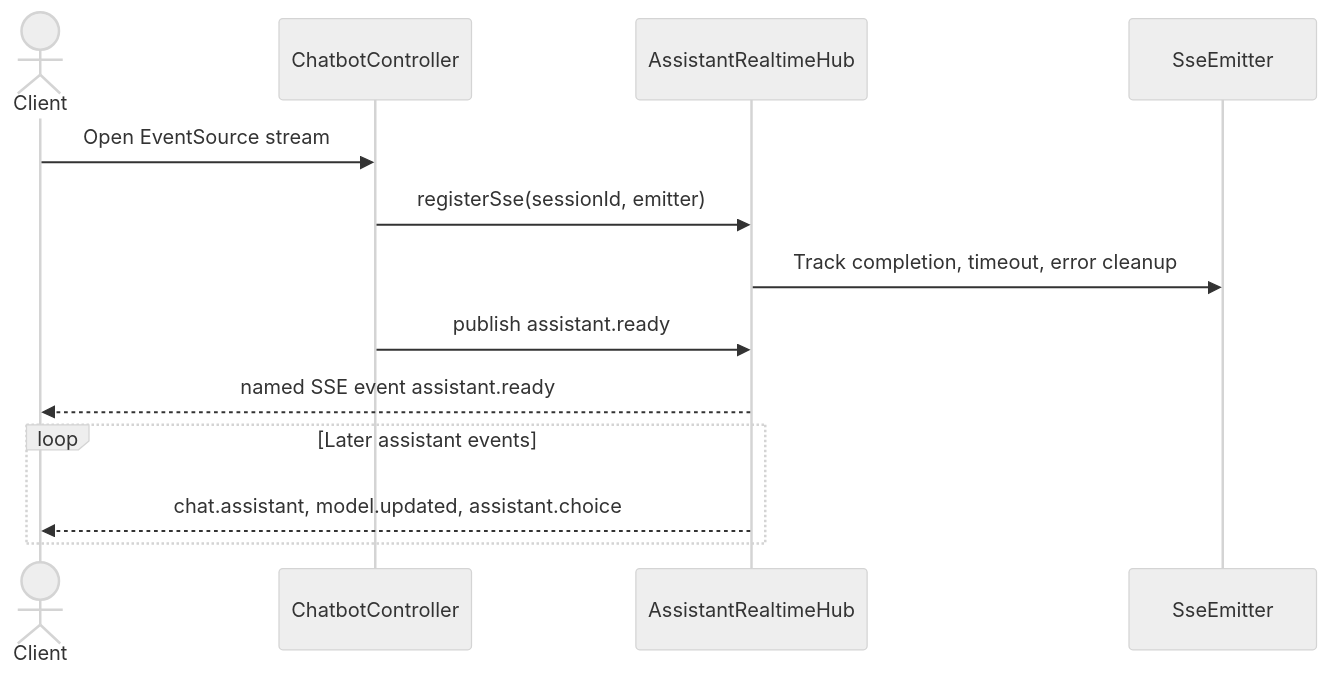
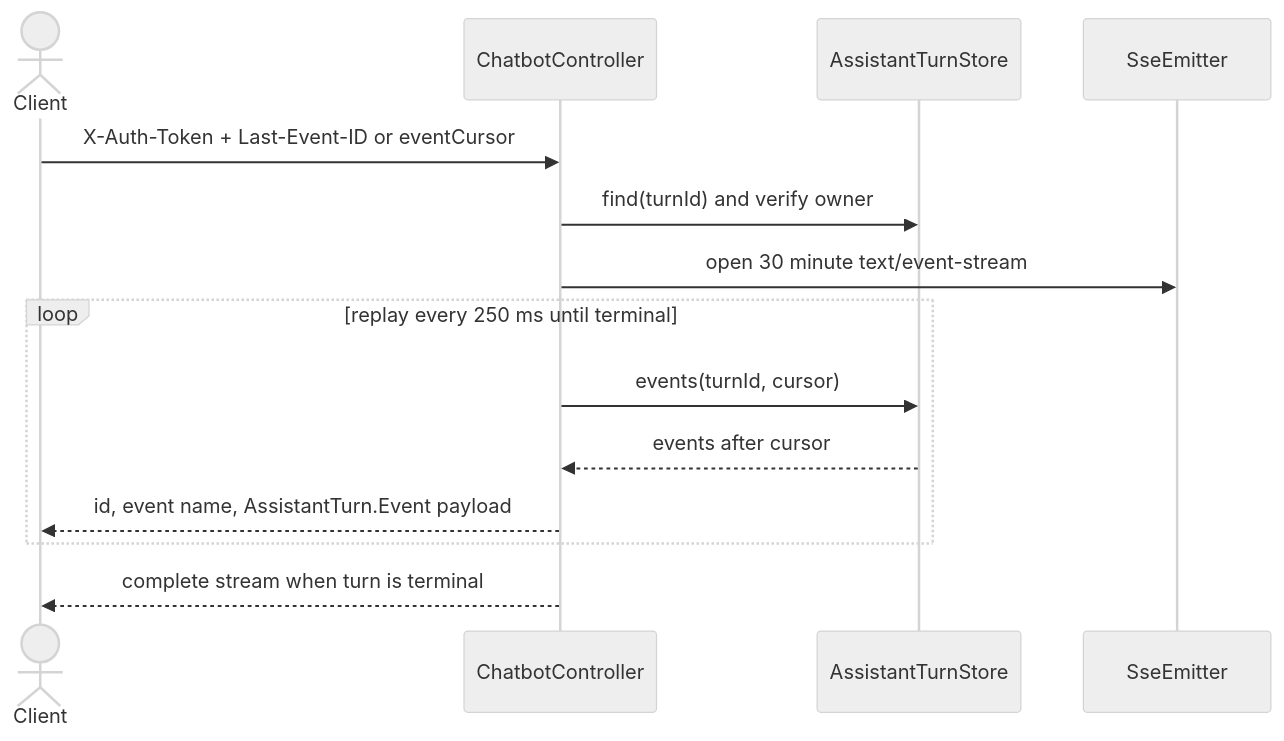
The third of 5 diagrams in docs/diagrams/13-api-assistant-sequences.md (mehdieidi/modriss), drawn with Mermaid (neutral theme) before and after one commit. The commit also changed other lines of this file and 37 other files, not shown here.

First line of the commit message:
docs: refactor AI assistant documentation and improve clarity on durable turns, checkpoints, and event handling

````diff
--- a/docs/diagrams/13-api-assistant-sequences.md
+++ b/docs/diagrams/13-api-assistant-sequences.md
@@ -84,15 +51,16 @@
 ```mermaid
 sequenceDiagram
     actor Client
     participant C as ChatbotController
-    participant RT as AssistantRealtimeHub
+    participant T as AssistantTurnStore
     participant E as SseEmitter
-    Client->>C: Open EventSource stream
-    C->>RT: registerSse(sessionId, emitter)
-    RT->>E: Track completion, timeout, error cleanup
-    C->>RT: publish assistant.ready
-    RT-->>Client: named SSE event assistant.ready
-    loop Later assistant events
-        RT-->>Client: chat.assistant, model.updated, assistant.choice
+    Client->>C: X-Auth-Token + Last-Event-ID or eventCursor
+    C->>T: find(turnId) and verify owner
+    C->>E: open 30 minute text/event-stream
+    loop replay every 250 ms until terminal
+        C->>T: events(turnId, cursor)
+        T-->>C: events after cursor
+        C-->>Client: id, event name, AssistantTurn.Event payload
     end
+    C-->>Client: complete stream when turn is terminal
 ```
````
